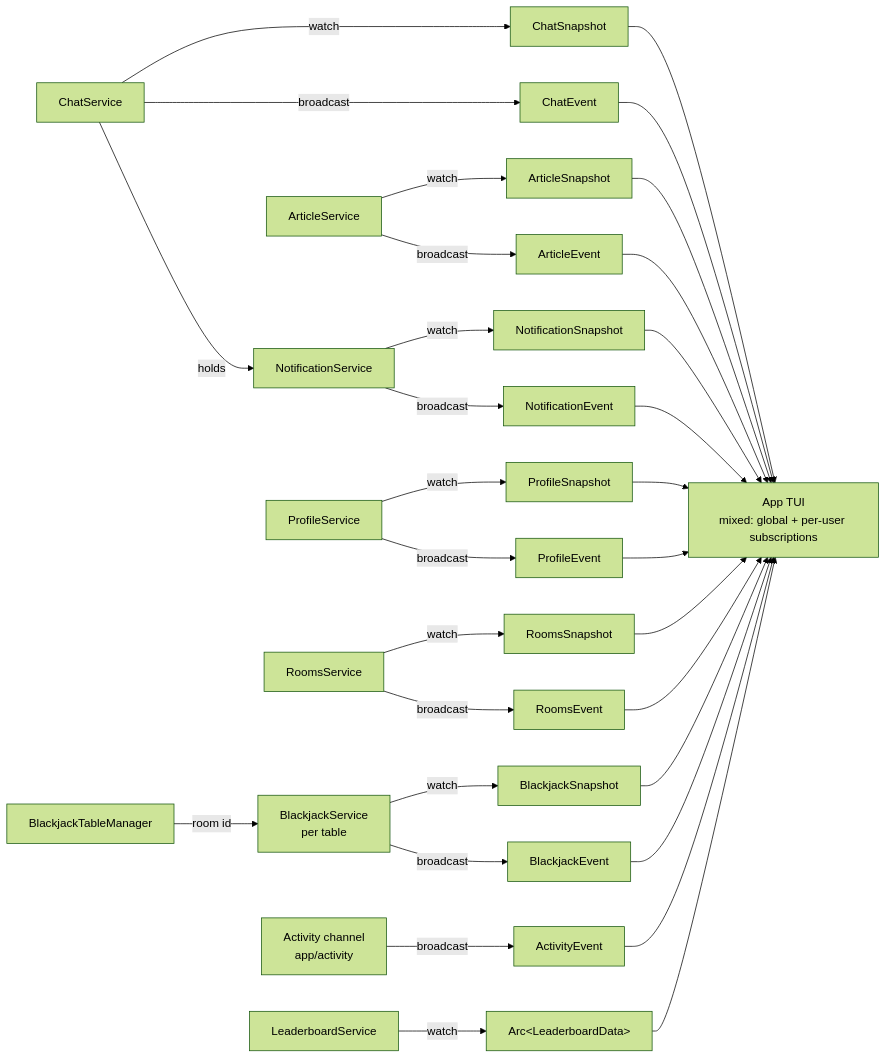
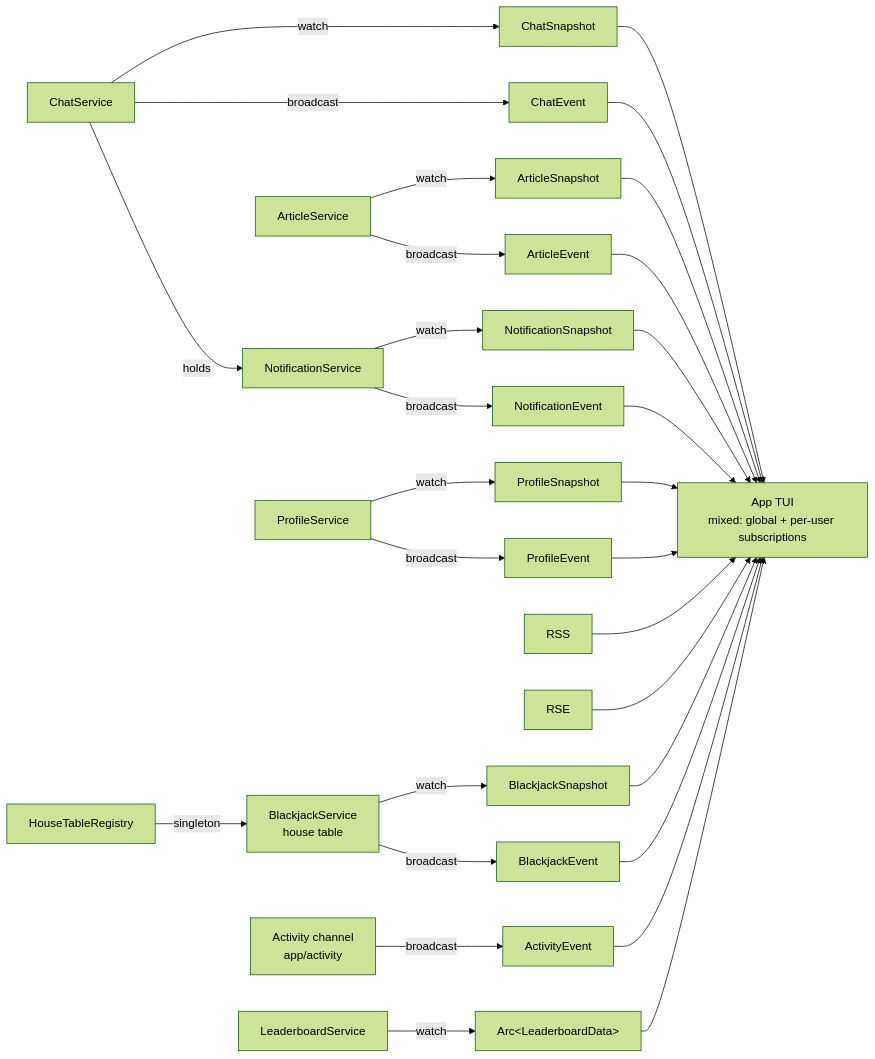
One commit to mpiorowski/late-sh changed the fourth of 6 diagrams in CONTEXT.md. Above: the diagram before and after it, drawn with Mermaid (forest theme). The commit also changed other lines of this file and 131 other files, not shown here.

````diff
--- a/CONTEXT.md
+++ b/CONTEXT.md
@@ -243,34 +243,32 @@
 ```mermaid
 flowchart LR
     CS["ChatService"] -->|"watch"| CSS["ChatSnapshot"]
     CS -->|"broadcast"| CSE["ChatEvent"]
     AS["ArticleService"] -->|"watch"| ASS["ArticleSnapshot"]
     AS -->|"broadcast"| ASE["ArticleEvent"]
     NS["NotificationService"] -->|"watch"| NSS["NotificationSnapshot"]
     NS -->|"broadcast"| NSE["NotificationEvent"]
     CS -->|"holds"| NS
     PS["ProfileService"] -->|"watch"| PSS["ProfileSnapshot"]
     PS -->|"broadcast"| PSE["ProfileEvent"]
-    RS["RoomsService"] -->|"watch"| RSS["RoomsSnapshot"]
-    RS -->|"broadcast"| RSE["RoomsEvent"]
-    BJM["BlackjackTableManager"] -->|"room id"| BJS["BlackjackService<br/>per table"]
+    HTR["HouseTableRegistry"] -->|"singleton"| BJS["BlackjackService<br/>house table"]
     BJS -->|"watch"| BJSS["BlackjackSnapshot"]
     BJS -->|"broadcast"| BJSE["BlackjackEvent"]
     AF["Activity channel<br/>app/activity"] -->|"broadcast"| AFE["ActivityEvent"]
     LB["LeaderboardService"] -->|"watch"| LBS["Arc&lt;LeaderboardData&gt;"]
 
     CSS --> APP["App TUI<br/>mixed: global + per-user subscriptions"]
     CSE --> APP
     ASS --> APP
     ASE --> APP
     NSS --> APP
     NSE --> APP
     PSS --> APP
     PSE --> APP
     RSS --> APP
     RSE --> APP
     BJSS --> APP
     BJSE --> APP
     AFE --> APP
     LBS --> APP
 ```
````
